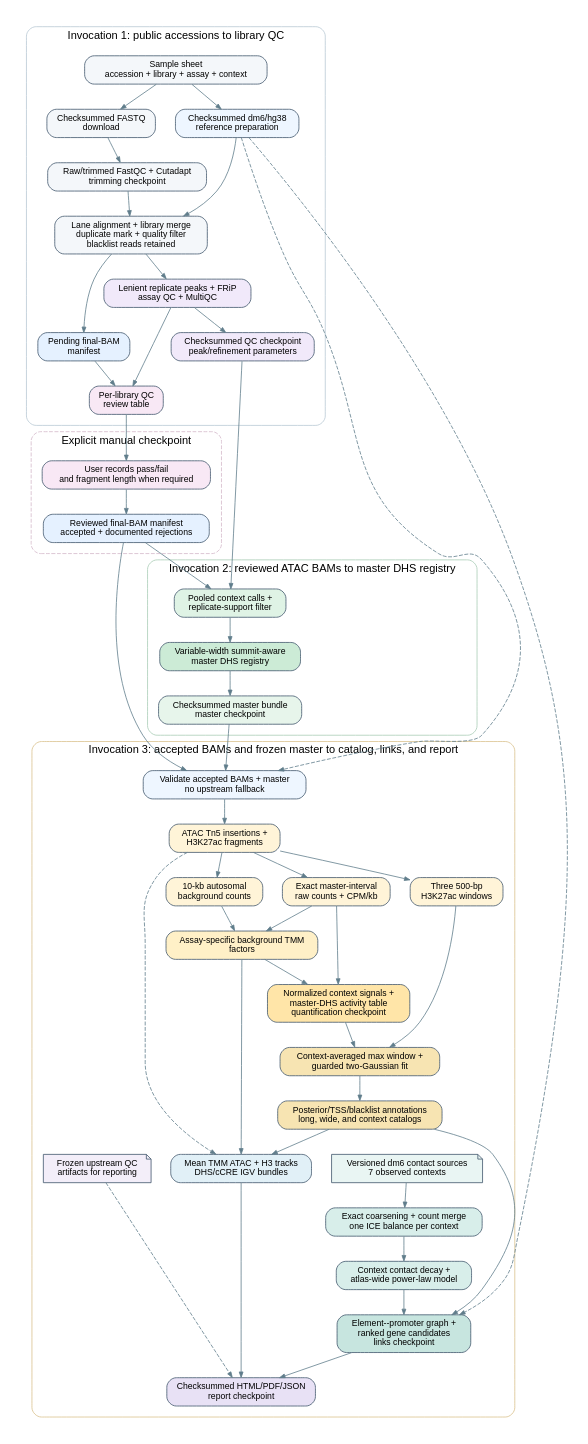
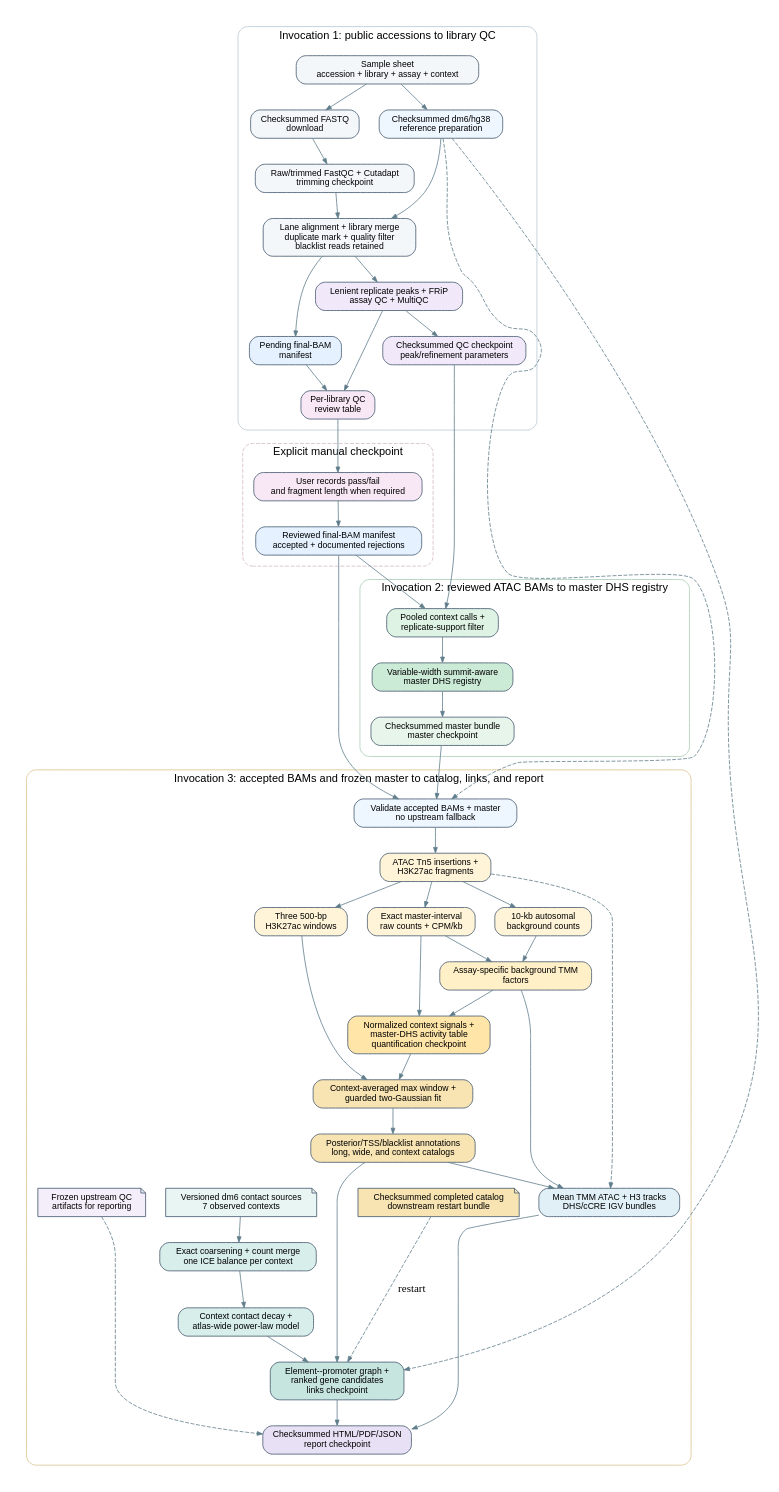
The diagram in docs/workflow-dag.dot (laiker96/drosophila-cCREs), drawn with Graphviz before and after one commit. The commit also changed 17 other files, not shown here.

Commit message:
Add catalog restart for contact links

```diff
--- a/docs/workflow-dag.dot
+++ b/docs/workflow-dag.dot
@@ -1,113 +1,115 @@
 digraph workflow {
   graph [rankdir=TB, bgcolor="#ffffff", pad=0.25, nodesep=0.35,
          ranksep=0.45, newrank=true, compound=true, fontname="Helvetica"];
   node [shape=box, style="rounded,filled", fontname="Helvetica", fontsize=11,
         color="#40566b", fillcolor="#f4f7fa", margin="0.13,0.08"];
   edge [color="#607d8b", arrowsize=0.7];
 
   subgraph cluster_qc {
     label="Invocation 1: public accessions to library QC";
     color="#b8c8d4";
     style="rounded";
     margin=14;
 
     inputs [label="Sample sheet\naccession + library + assay + context"];
     download [label="Checksummed FASTQ\ndownload"];
     reference [label="Checksummed dm6/hg38\nreference preparation", fillcolor="#eef6ff"];
     trim [label="Raw/trimmed FastQC + Cutadapt\ntrimming checkpoint"];
     align [label="Lane alignment + library merge\nduplicate mark + quality filter\nblacklist reads retained"];
     bammanifest [label="Pending final-BAM\nmanifest", fillcolor="#e5f1ff"];
     qc [label="Lenient replicate peaks + FRiP\nassay QC + MultiQC", fillcolor="#f1e9fa"];
     qccheckpoint [label="Checksummed QC checkpoint\npeak/refinement parameters", fillcolor="#f1e9fa"];
     reviewtable [label="Per-library QC\nreview table", fillcolor="#f8e8f5"];
 
     inputs -> download -> trim -> align;
     inputs -> reference;
     reference -> align;
     align -> bammanifest;
     align -> qc;
     qc -> qccheckpoint;
     bammanifest -> reviewtable;
     qc -> reviewtable;
     {rank=same; download; reference;}
     {rank=same; bammanifest; qccheckpoint;}
   }
 
   subgraph cluster_review {
     label="Explicit manual checkpoint";
     color="#d4b8ca";
     style="rounded,dashed";
     margin=14;
 
     review [label="User records pass/fail\nand fragment length when required", fillcolor="#f8e8f5"];
     reviewedbam [label="Reviewed final-BAM manifest\naccepted + documented rejections", fillcolor="#e5f1ff"];
 
     review -> reviewedbam;
   }
 
   subgraph cluster_master {
     label="Invocation 2: reviewed ATAC BAMs to master DHS registry";
     color="#a9ccb5";
     style="rounded";
     margin=14;
 
     context [label="Pooled context calls +\nreplicate-support filter", fillcolor="#dff3e5"];
     master [label="Variable-width summit-aware\nmaster DHS registry", fillcolor="#ccebd6"];
     mastermanifest [label="Checksummed master bundle\nmaster checkpoint", fillcolor="#e7f5eb"];
 
     context -> master -> mastermanifest;
   }
 
   subgraph cluster_activity {
     label="Invocation 3: accepted BAMs and frozen master to catalog, links, and report";
     color="#d9c18c";
     style="rounded";
     margin=14;
 
     validate [label="Validate accepted BAMs + master\nno upstream fallback", fillcolor="#eef6ff"];
     units [label="ATAC Tn5 insertions +\nH3K27ac fragments", fillcolor="#fff4d8"];
     exact [label="Exact master-interval\nraw counts + CPM/kb", fillcolor="#fff4d8"];
     background [label="10-kb autosomal\nbackground counts", fillcolor="#fff4d8"];
     windows [label="Three 500-bp\nH3K27ac windows", fillcolor="#fff4d8"];
     tmm [label="Assay-specific background TMM\nfactors", fillcolor="#fff0c7"];
     quantify [label="Normalized context signals +\nmaster-DHS activity table\nquantification checkpoint", fillcolor="#ffe5a8"];
     mixture [label="Context-averaged max window +\nguarded two-Gaussian fit", fillcolor="#f7e4b2"];
     catalog [label="Posterior/TSS/blacklist annotations\nlong, wide, and context catalogs", fillcolor="#f7e4b2"];
+    catalogbundle [label="Checksummed completed catalog\ndownstream restart bundle", shape=note, fillcolor="#f7e4b2"];
     browser [label="Mean TMM ATAC + H3 tracks\nDHS/cCRE IGV bundles", fillcolor="#e1f0f7"];
     contacts [label="Versioned dm6 contact sources\n7 observed contexts", shape=note, fillcolor="#e9f5f3"];
     normalizecontacts [label="Exact coarsening + count merge\none ICE balance per context", fillcolor="#d8eeea"];
     decay [label="Context contact decay +\natlas-wide power-law model", fillcolor="#d8eeea"];
     links [label="Element--promoter graph +\nranked gene candidates\nlinks checkpoint", fillcolor="#c7e5df"];
     sources [label="Frozen upstream QC\nartifacts for reporting", shape=note, fillcolor="#f3eef9"];
     report [label="Checksummed HTML/PDF/JSON\nreport checkpoint", fillcolor="#e8e1f5"];
 
     validate -> units;
     units -> exact;
     units -> background;
     units -> windows;
     exact -> tmm;
     background -> tmm;
     exact -> quantify;
     tmm -> quantify;
     windows -> mixture;
     quantify -> mixture -> catalog;
     units -> browser [style=dashed];
     tmm -> browser;
     catalog -> browser;
     contacts -> normalizecontacts -> decay -> links;
     catalog -> links;
+    catalogbundle -> links [style=dashed, label="restart"];
     browser -> report;
     links -> report;
     sources -> report [style=dashed];
     {rank=same; exact; background; windows;}
-    {rank=same; browser; contacts; sources;}
+    {rank=same; browser; contacts; sources; catalogbundle;}
   }
 
   reviewtable -> review;
   reviewedbam -> context;
   qccheckpoint -> context;
   reviewedbam -> validate;
   mastermanifest -> validate;
   reference -> validate [style=dashed, constraint=false];
   reference -> links [style=dashed, constraint=false];
 }
```
